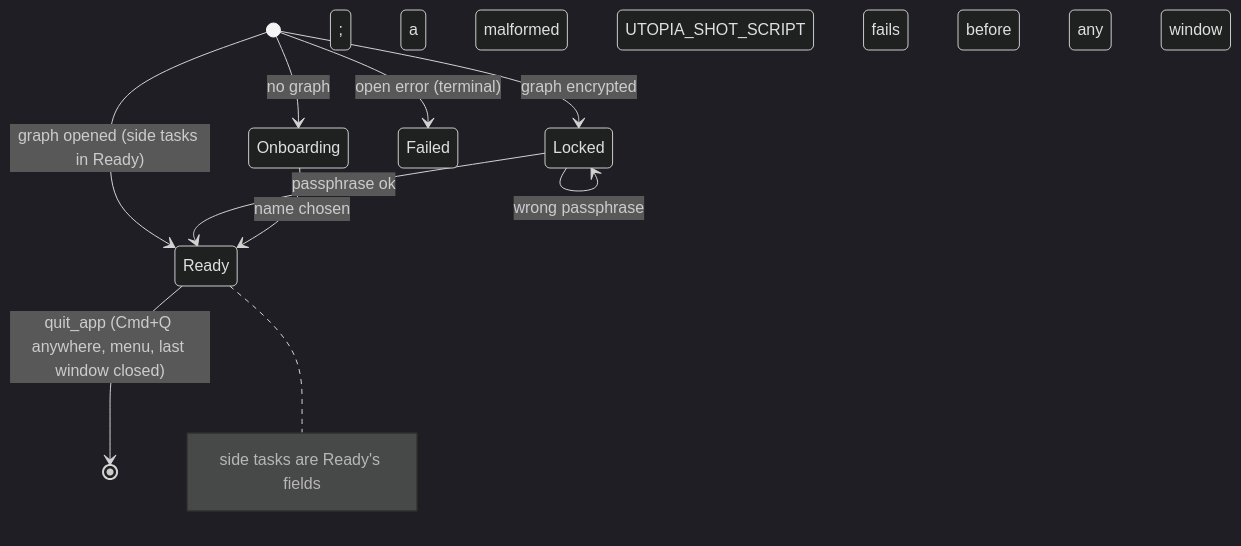
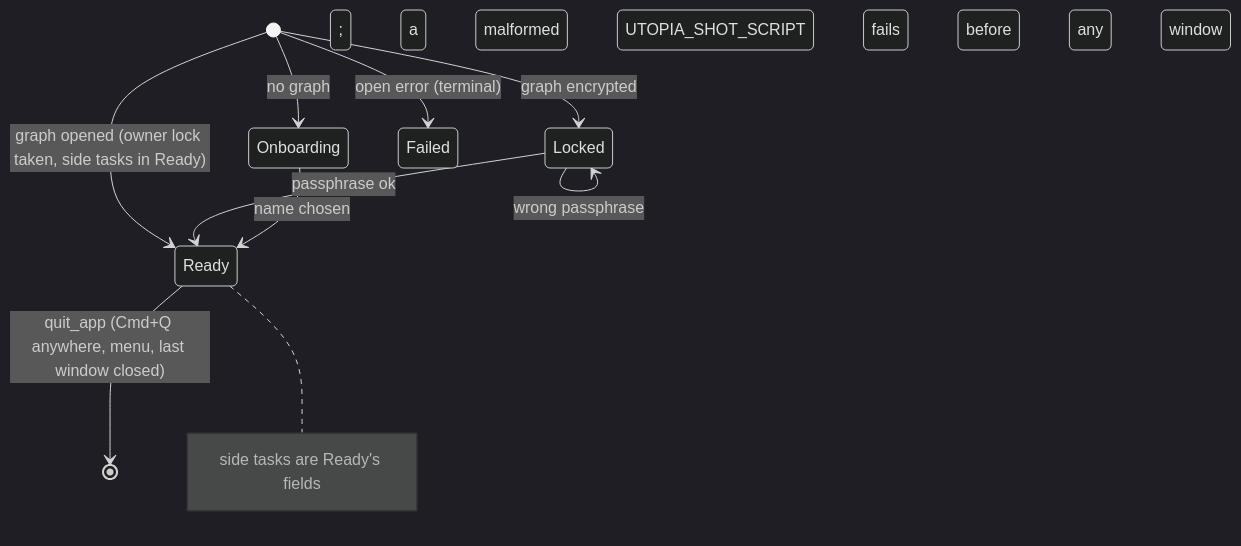
One commit to adityadaniel/utopia changed the diagram in docs/state-machines/app-root-startup-and-quit.md. Above: the diagram before and after it, drawn with Mermaid (dark theme). The commit also changed other lines of this file and 4 other files, not shown here.

First line of the commit message:
docs: state machines for the owner lock, the access level and the API's life

````diff
--- a/docs/state-machines/app-root-startup-and-quit.md
+++ b/docs/state-machines/app-root-startup-and-quit.md
@@ -110,12 +122,12 @@
 ```mermaid
 stateDiagram-v2
     [*] --> Onboarding : no graph
     [*] --> Locked : graph encrypted
-    [*] --> Ready : graph opened (side tasks in Ready)
+    [*] --> Ready : graph opened (owner lock taken, side tasks in Ready)
     [*] --> Failed : open error (terminal)
     Locked --> Locked : wrong passphrase
     Locked --> Ready : passphrase ok
     Onboarding --> Ready : name chosen
     Ready --> [*] : quit_app (Cmd+Q anywhere, menu, last window closed)
     note right of Ready : side tasks are Ready's fields; a malformed UTOPIA_SHOT_SCRIPT fails before any window
 ```
````
